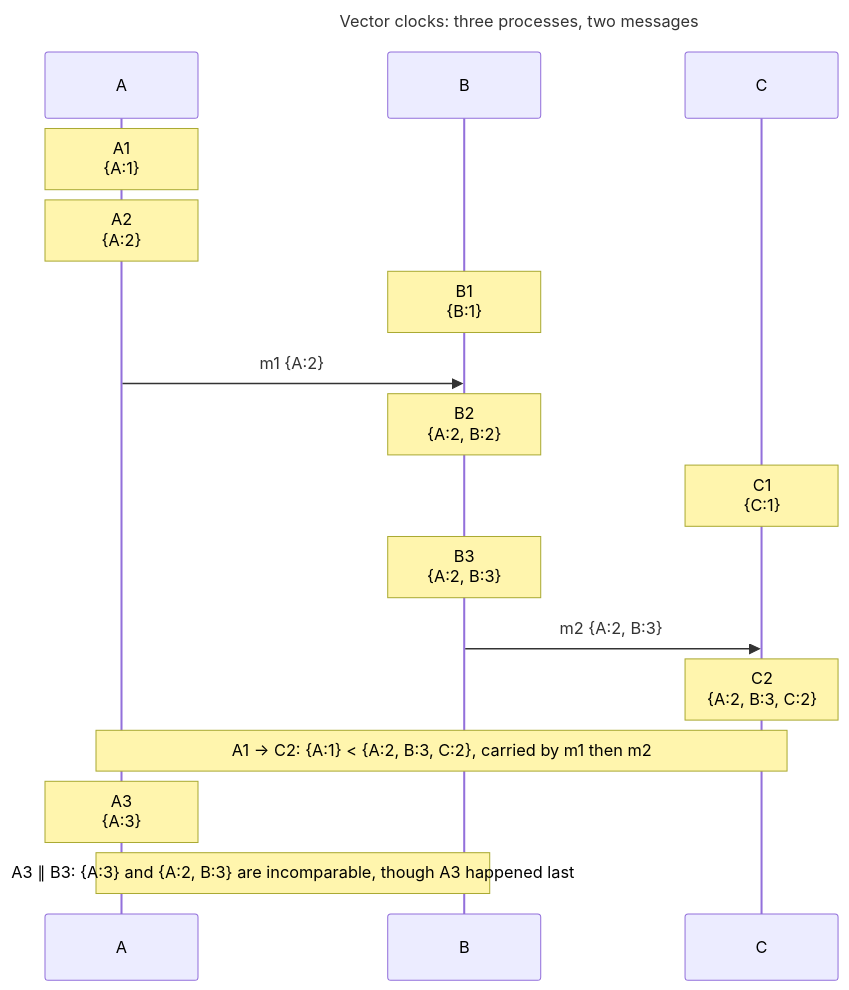
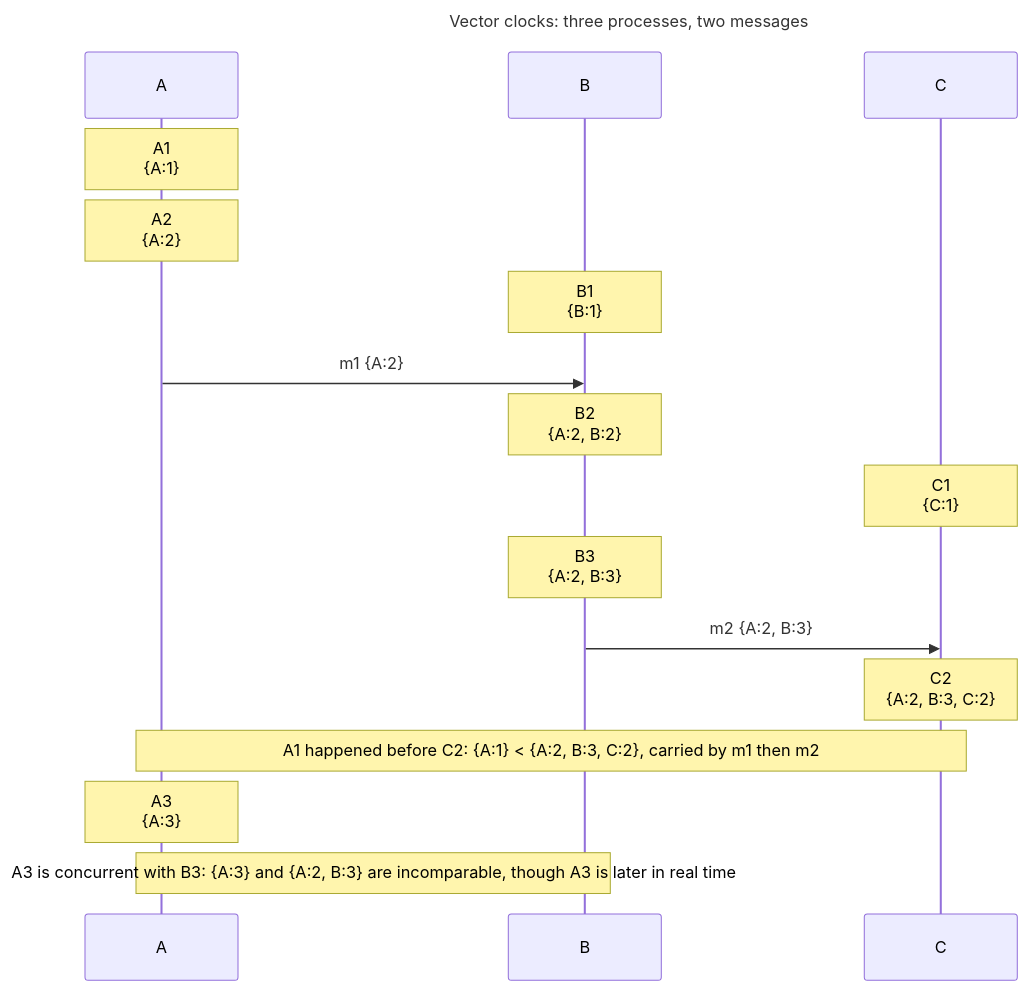
One commit to sploiselle/rust-algs changed the diagram in figures/vector-clock-trace.mmd. Above: the diagram before and after it, drawn with Mermaid. The commit also changed 24 other files, not shown here.

```diff
--- a/figures/vector-clock-trace.mmd
+++ b/figures/vector-clock-trace.mmd
@@ -1,19 +1,19 @@
 ---
 title: "Vector clocks: three processes, two messages"
 ---
 sequenceDiagram
     participant L0 as A
     participant L1 as B
     participant L2 as C
     Note over L0: A1<br/>{A:1}
     Note over L0: A2<br/>{A:2}
     Note over L1: B1<br/>{B:1}
     L0->>L1: m1 {A:2}
     Note over L1: B2<br/>{A:2, B:2}
     Note over L2: C1<br/>{C:1}
     Note over L1: B3<br/>{A:2, B:3}
     L1->>L2: m2 {A:2, B:3}
     Note over L2: C2<br/>{A:2, B:3, C:2}
-    Note over L0,L2: A1 → C2: {A:1} #60; {A:2, B:3, C:2}, carried by m1 then m2
+    Note over L0,L2: A1 happened before C2: {A:1} #60; {A:2, B:3, C:2}, carried by m1 then m2
     Note over L0: A3<br/>{A:3}
-    Note over L0,L1: A3 ∥ B3: {A:3} and {A:2, B:3} are incomparable, though A3 happened last
+    Note over L0,L1: A3 is concurrent with B3: {A:3} and {A:2, B:3} are incomparable, though A3 is later in real time
```
